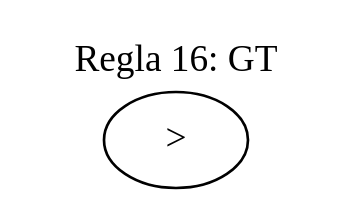
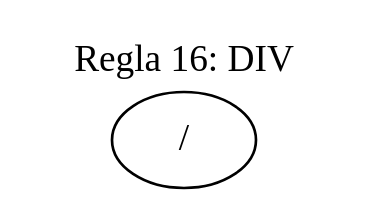
The diagram in output/ast_regla_16.dot (Isabella1911/Compis), drawn with Graphviz before and after one commit. The commit also changed 28 other files, not shown here.

```diff
--- a/output/ast_regla_16.dot
+++ b/output/ast_regla_16.dot
@@ -1,8 +1,8 @@
 digraph AST {
   rankdir=TB;
   ranksep=0.8;
   labelloc=t;
-  label="Regla 16: GT";
+  label="Regla 16: DIV";
   fontsize=14;
-  0 [label=">"];
+  0 [label="/"];
 }
```
